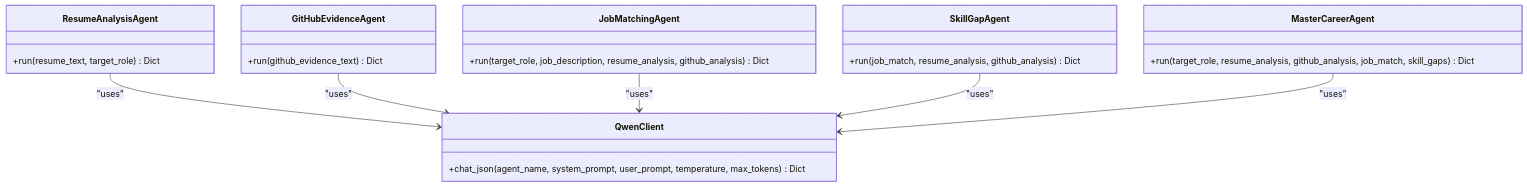
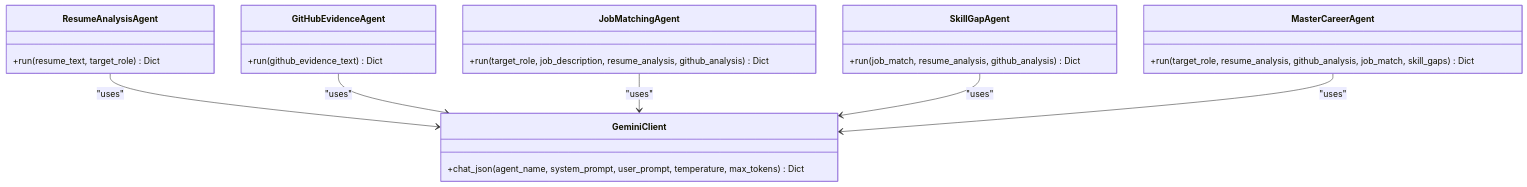
The fourth of 5 diagrams in .qoder/repowiki/en/content/API Reference.md (waqarimran342/CareerOS-AI), drawn with Mermaid before and after one commit. The commit also changed other lines of this file and 32 other files, not shown here.

````diff
--- a/.qoder/repowiki/en/content/API Reference.md
+++ b/.qoder/repowiki/en/content/API Reference.md
@@ -220,26 +230,26 @@
 ```mermaid
 classDiagram
 class ResumeAnalysisAgent {
 +run(resume_text, target_role) Dict
 }
 class GitHubEvidenceAgent {
 +run(github_evidence_text) Dict
 }
 class JobMatchingAgent {
 +run(target_role, job_description, resume_analysis, github_analysis) Dict
 }
 class SkillGapAgent {
 +run(job_match, resume_analysis, github_analysis) Dict
 }
 class MasterCareerAgent {
 +run(target_role, resume_analysis, github_analysis, job_match, skill_gaps) Dict
 }
-class QwenClient {
+class GeminiClient {
 +chat_json(agent_name, system_prompt, user_prompt, temperature, max_tokens) Dict
 }
-ResumeAnalysisAgent --> QwenClient : "uses"
-GitHubEvidenceAgent --> QwenClient : "uses"
-JobMatchingAgent --> QwenClient : "uses"
-SkillGapAgent --> QwenClient : "uses"
-MasterCareerAgent --> QwenClient : "uses"
+ResumeAnalysisAgent --> GeminiClient : "uses"
+GitHubEvidenceAgent --> GeminiClient : "uses"
+JobMatchingAgent --> GeminiClient : "uses"
+SkillGapAgent --> GeminiClient : "uses"
+MasterCareerAgent --> GeminiClient : "uses"
 ```
````
